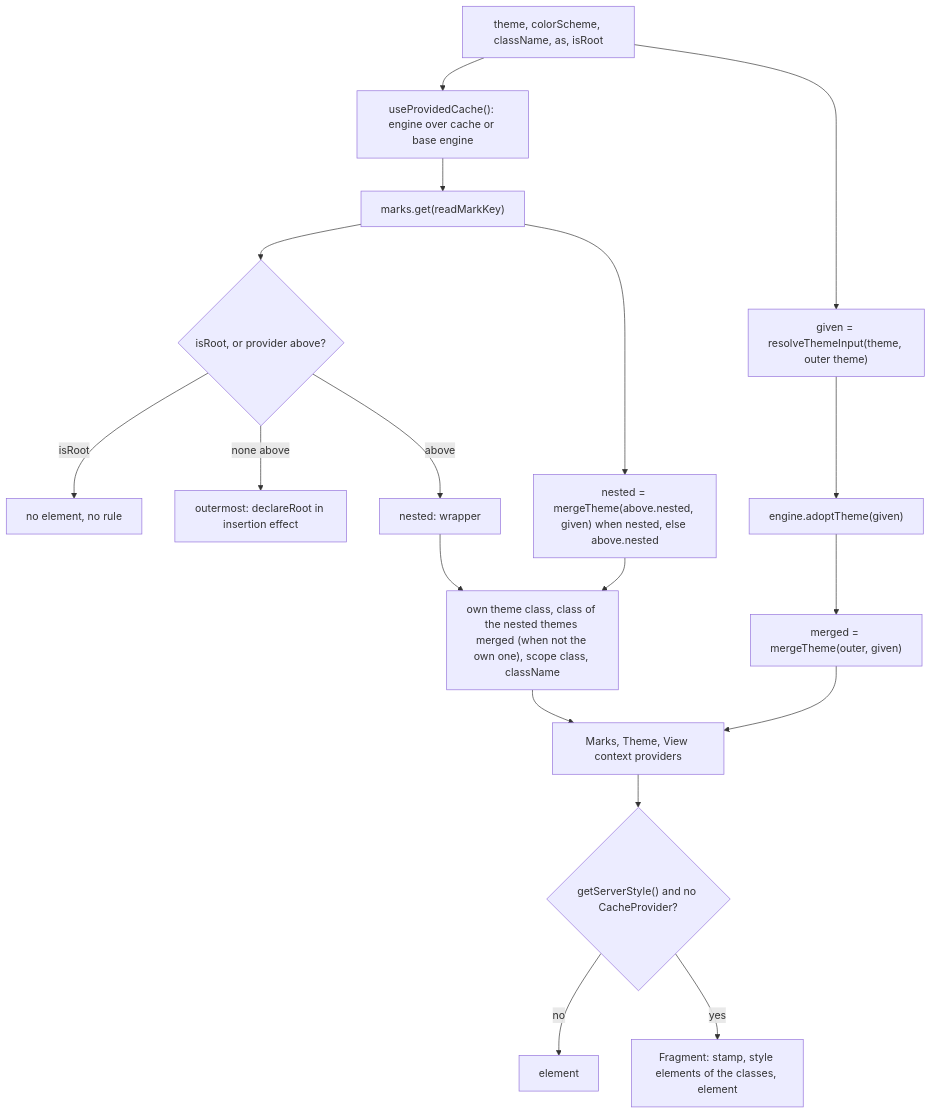
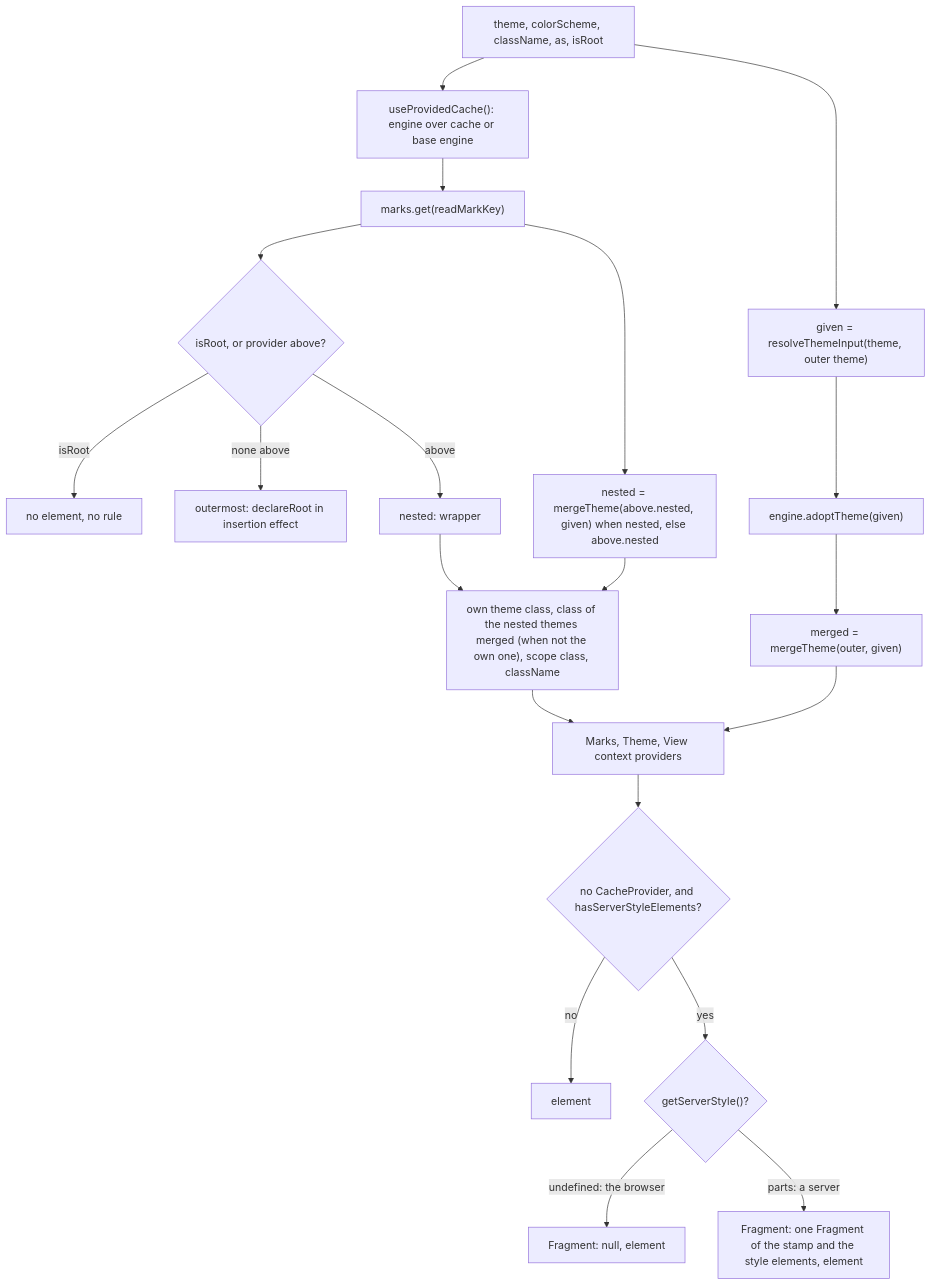
The diagram in packages/react/src/ThemeProvider.md (soroush-tech/umber-style), drawn with Mermaid before and after one commit. The commit also changed other lines of this file and 23 other files, not shown here.

Commit message:
fix: the development check reads a labelled class whole, and the server and the browser render the same tree so useId gives the same ids - #52

````diff
--- a/packages/react/src/ThemeProvider.md
+++ b/packages/react/src/ThemeProvider.md
@@ -21,20 +22,22 @@
 ```mermaid
 flowchart TD
   props["theme, colorScheme, className, as, isRoot"] --> cache["useProvidedCache(): engine over cache or base engine"]
   cache --> above["marks.get(readMarkKey)"]
   above --> role{"isRoot, or provider above?"}
   role -->|isRoot| rootRole["no element, no rule"]
   role -->|none above| outer["outermost: declareRoot in insertion effect"]
   role -->|above| nested["nested: wrapper"]
   props --> given["given = resolveThemeInput(theme, outer theme)"]
   given --> adopt["engine.adoptTheme(given)"]
   adopt --> merged["merged = mergeTheme(outer, given)"]
   above --> nestedTheme["nested = mergeTheme(above.nested, given) when nested, else above.nested"]
   nestedTheme --> classes
   nested --> classes["own theme class, class of the nested themes merged (when not the own one), scope class, className"]
   merged --> contexts["Marks, Theme, View context providers"]
   classes --> contexts
-  contexts --> server{"getServerStyle() and no CacheProvider?"}
-  server -->|no| out["element"]
-  server -->|yes| styled["Fragment: stamp, style elements of the classes, element"]
+  contexts --> place{"no CacheProvider, and hasServerStyleElements?"}
+  place -->|no| out["element"]
+  place -->|yes| server{"getServerStyle()?"}
+  server -->|undefined: the browser| empty["Fragment: null, element"]
+  server -->|parts: a server| styled["Fragment: one Fragment of the stamp and the style elements, element"]
 ```
````
